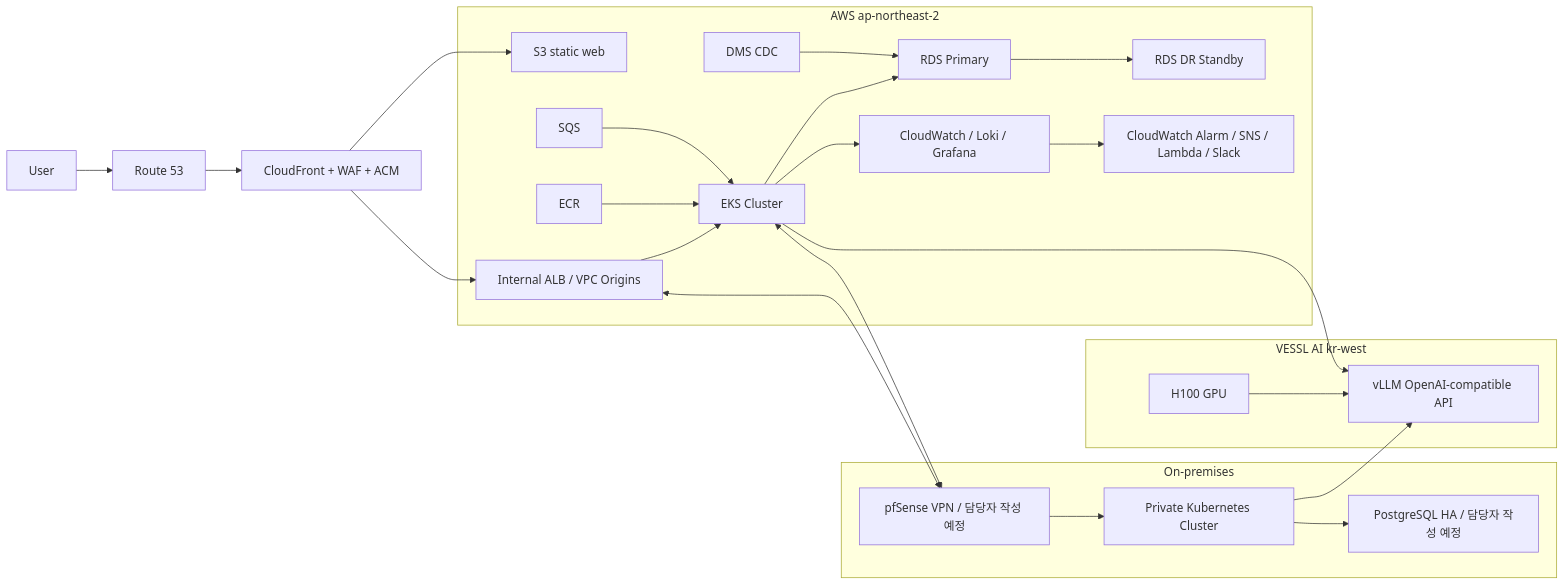
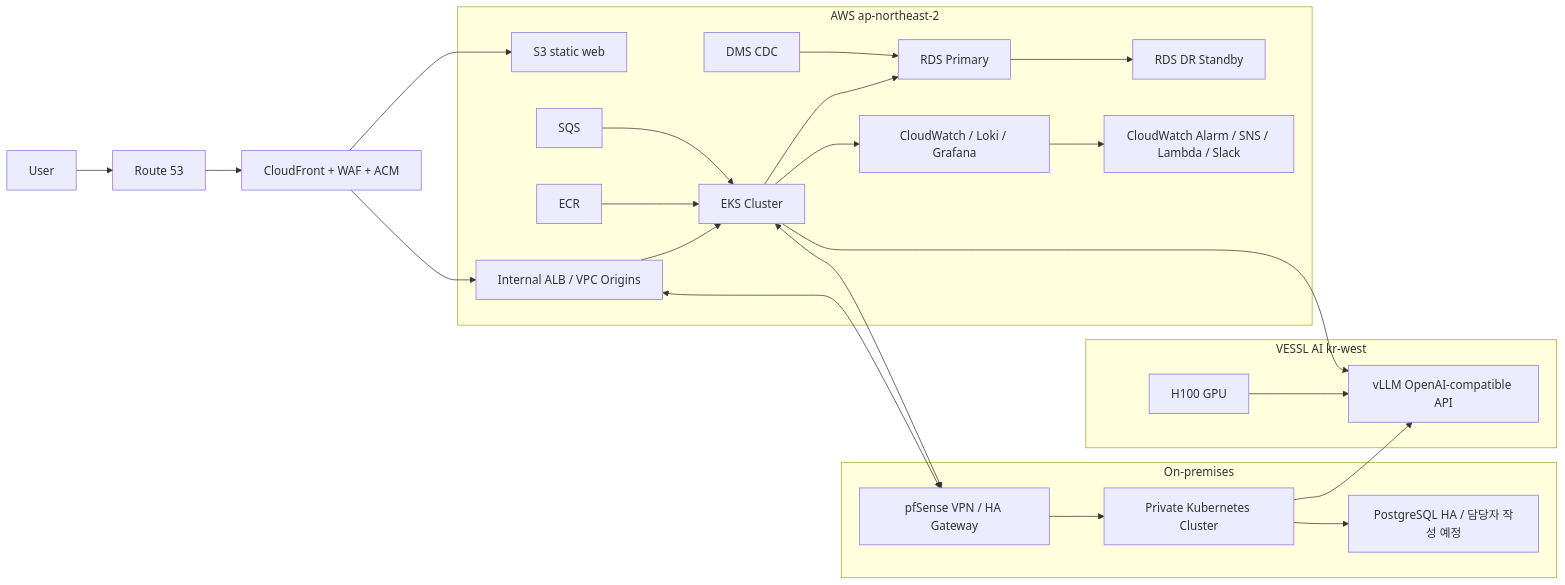
One commit to FISA-Agri-Pay/infra changed the diagram in README.md. Above: the diagram before and after it, drawn with Mermaid. The commit also changed other lines of this file, not shown here.

Commit message:
docs: readme에 pfsense 내용 보강

````diff
--- a/README.md
+++ b/README.md
@@ -314,48 +320,48 @@
 ```mermaid
 flowchart LR
   user[User] --> route53[Route 53]
   route53 --> cf[CloudFront + WAF + ACM]
   cf --> s3[S3 static web]
   cf --> alb[Internal ALB / VPC Origins]
 
   subgraph AWS[AWS ap-northeast-2]
     s3
     alb
     ecr[ECR]
     sqs[SQS]
     eks[EKS Cluster]
     rds[RDS Primary]
     dr[RDS DR Standby]
     dms[DMS CDC]
     obs[CloudWatch / Loki / Grafana]
     alert[CloudWatch Alarm / SNS / Lambda / Slack]
 
     alb --> eks
     ecr --> eks
     sqs --> eks
     eks --> rds
     rds --> dr
     dms --> rds
     eks --> obs
     obs --> alert
   end
 
   subgraph ONPREM[On-premises]
-    pfsense[pfSense VPN / 담당자 작성 예정]
+    pfsense[pfSense VPN / HA Gateway]
     k8s[Private Kubernetes Cluster]
     pg[PostgreSQL HA / 담당자 작성 예정]
     k8s --> pg
   end
 
   subgraph VESSL[VESSL AI kr-west]
     gpu[H100 GPU]
     vllm[vLLM OpenAI-compatible API]
     gpu --> vllm
   end
 
   alb <--> pfsense
   eks <--> pfsense
   pfsense --> k8s
   eks --> vllm
   k8s --> vllm
 ```
````
